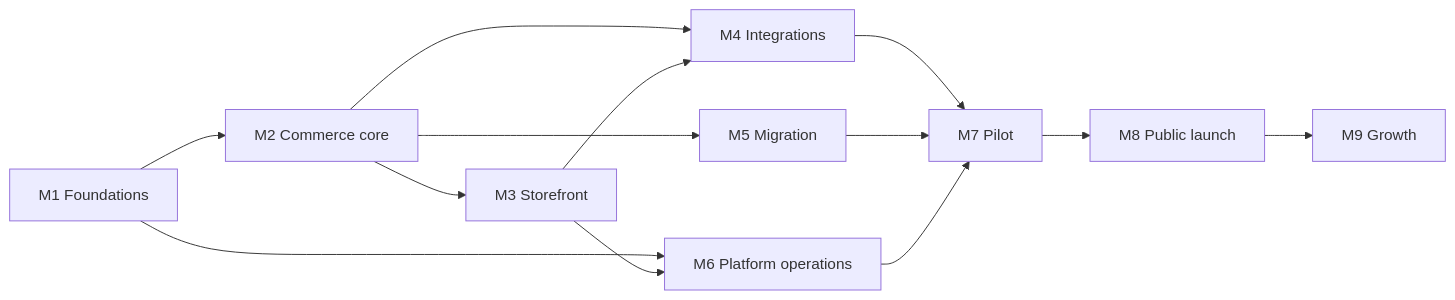
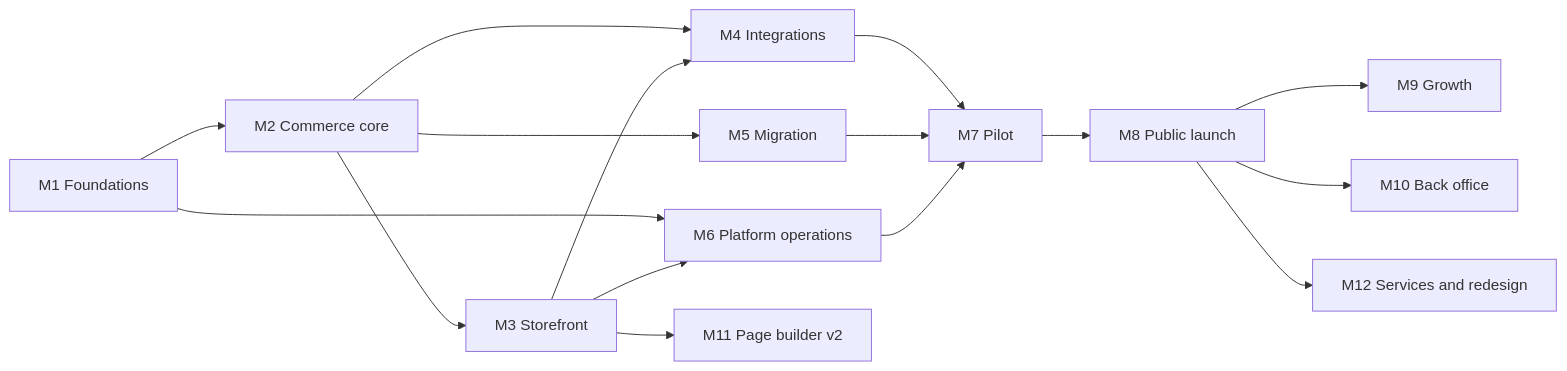
Before and after one commit to nafew0/ecommbd: the diagram in docs/roadmap/README.md, drawn with Mermaid. The commit also changed other lines of this file and 8 other files, not shown here.

First line of the commit message:
Roadmap: add M10–M12 after the Boneek competitor check

````diff
--- a/docs/roadmap/README.md
+++ b/docs/roadmap/README.md
@@ -105,15 +111,18 @@
 ```mermaid
 flowchart LR
   M1[M1 Foundations] --> M2[M2 Commerce core]
   M1 --> M6[M6 Platform operations]
   M2 --> M3[M3 Storefront]
   M2 --> M4[M4 Integrations]
   M3 --> M4
   M2 --> M5[M5 Migration]
   M3 --> M6
   M4 --> M7[M7 Pilot]
   M5 --> M7
   M6 --> M7
   M7 --> M8[M8 Public launch]
   M8 --> M9[M9 Growth]
+  M8 --> M10[M10 Back office]
+  M3 --> M11[M11 Page builder v2]
+  M8 --> M12[M12 Services and redesign]
 ```
````
